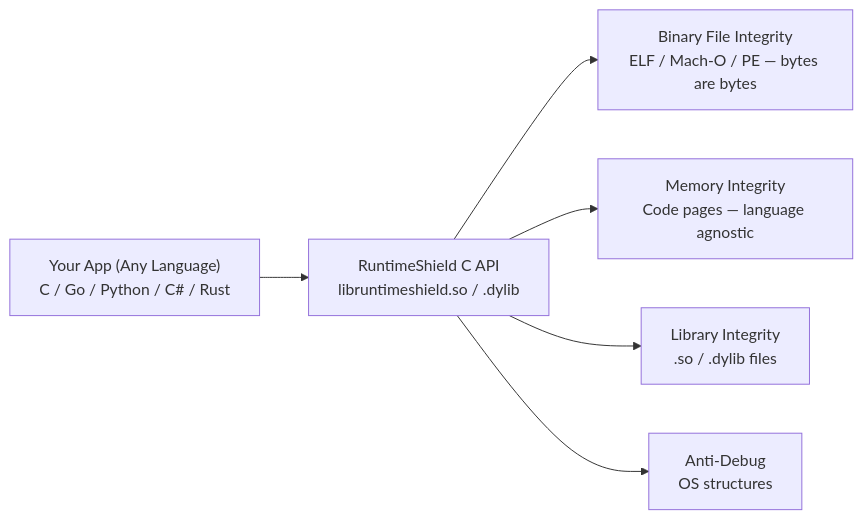
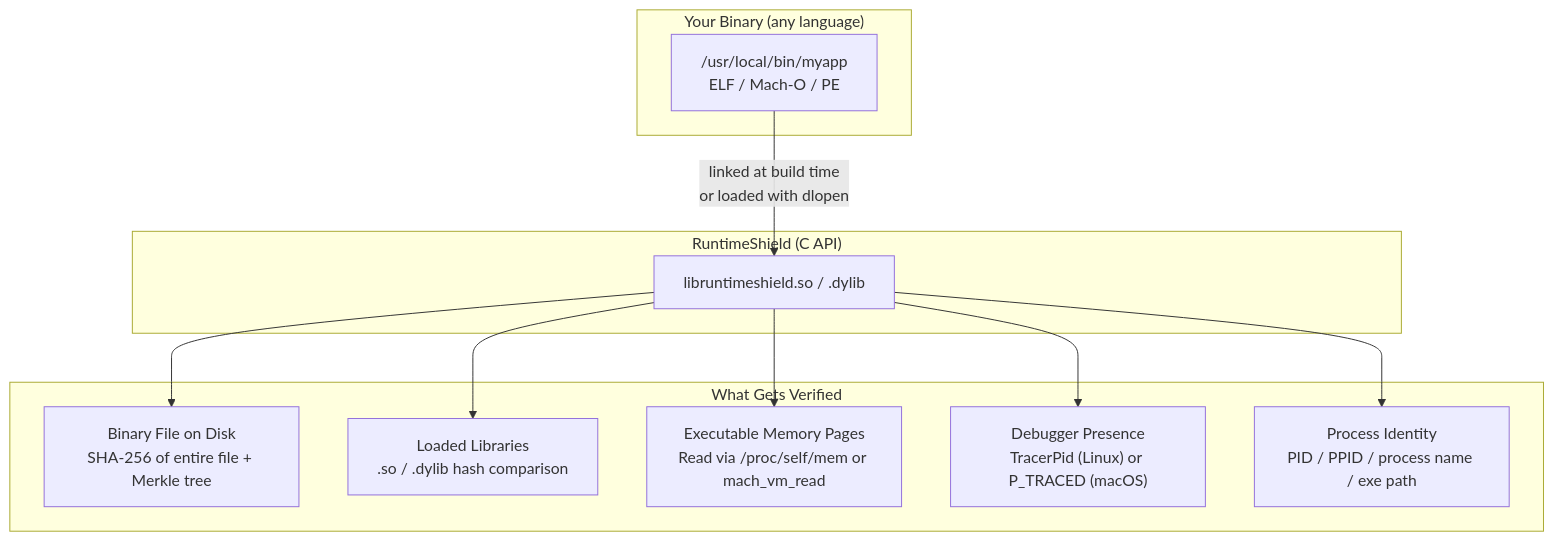
The fourth of 7 diagrams in README.md (swadhingoswami/RuntimeShield), drawn with Mermaid before and after one commit. The commit also changed other lines of this file, not shown here.

Commit message:
docs: expanded language-agnostic section with 3 integration strategies, C API ref, manifest workflow

````diff
--- a/README.md
+++ b/README.md
@@ -197,8 +197,21 @@
 ```mermaid
-graph LR
-    A["Your App (Any Language)<br/>C / Go / Python / C# / Rust"] --> B["RuntimeShield C API<br/>libruntimeshield.so / .dylib"]
-    B --> C["Binary File Integrity<br/>ELF / Mach-O / PE — bytes are bytes"]
-    B --> D["Memory Integrity<br/>Code pages — language agnostic"]
-    B --> E["Library Integrity<br/>.so / .dylib files"]
-    B --> F["Anti-Debug<br/>OS structures"]
+graph TB
+    subgraph "Your Binary (any language)"
+        BIN["/usr/local/bin/myapp<br/>ELF / Mach-O / PE"]
+    end
+
+    subgraph "RuntimeShield (C API)"
+        CAPI["libruntimeshield.so / .dylib"]
+    end
+
+    subgraph "What Gets Verified"
+        V1["Binary File on Disk<br/>SHA-256 of entire file + Merkle tree"]
+        V2["Loaded Libraries<br/>.so / .dylib hash comparison"]
+        V3["Executable Memory Pages<br/>Read via /proc/self/mem or mach_vm_read"]
+        V4["Debugger Presence<br/>TracerPid (Linux) or P_TRACED (macOS)"]
+        V5["Process Identity<br/>PID / PPID / process name / exe path"]
+    end
+
+    BIN -->|"linked at build time<br/>or loaded with dlopen"| CAPI
+    CAPI --> V1 & V2 & V3 & V4 & V5
 ```
````
